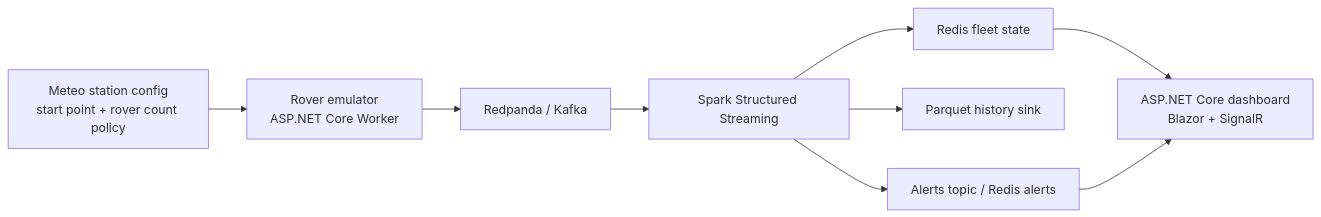
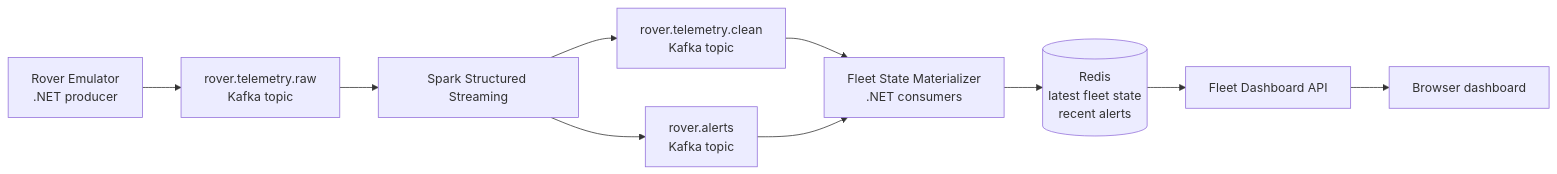
One commit to raslab/FictionalMeteoStation changed the diagram in README.md. Above: the diagram before and after it, drawn with Mermaid. The commit also changed other lines of this file and 4 other files, not shown here.

````diff
--- a/README.md
+++ b/README.md
@@ -30,11 +50,12 @@
 ```mermaid
 flowchart LR
-    ST[Meteo station config\nstart point + rover count policy] --> EM[Rover emulator\nASP.NET Core Worker]
-    EM --> RP[Redpanda / Kafka]
-    RP --> SP[Spark Structured Streaming]
-    SP --> RS[Redis fleet state]
-    SP --> PQ[Parquet history sink]
-    SP --> AT[Alerts topic / Redis alerts]
-    RS --> DB[ASP.NET Core dashboard\nBlazor + SignalR]
-    AT --> DB
+    EM[Rover Emulator<br/>.NET producer] --> RAW[rover.telemetry.raw<br/>Kafka topic]
+    RAW --> SP[Spark Structured Streaming]
+    SP --> CLEAN[rover.telemetry.clean<br/>Kafka topic]
+    SP --> ALERTS[rover.alerts<br/>Kafka topic]
+    CLEAN --> MAT[Fleet State Materializer<br/>.NET consumers]
+    ALERTS --> MAT
+    MAT --> REDIS[(Redis<br/>latest fleet state<br/>recent alerts)]
+    REDIS --> API[Fleet Dashboard API]
+    API --> UI[Browser dashboard]
 ```
````
